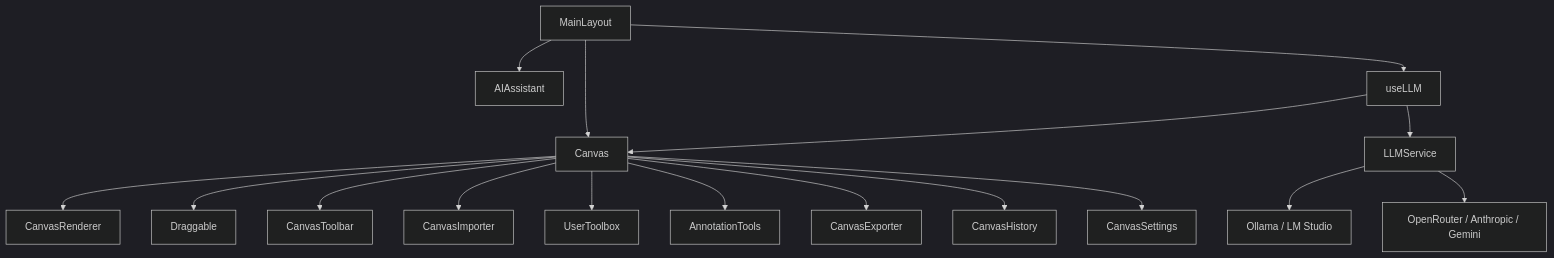
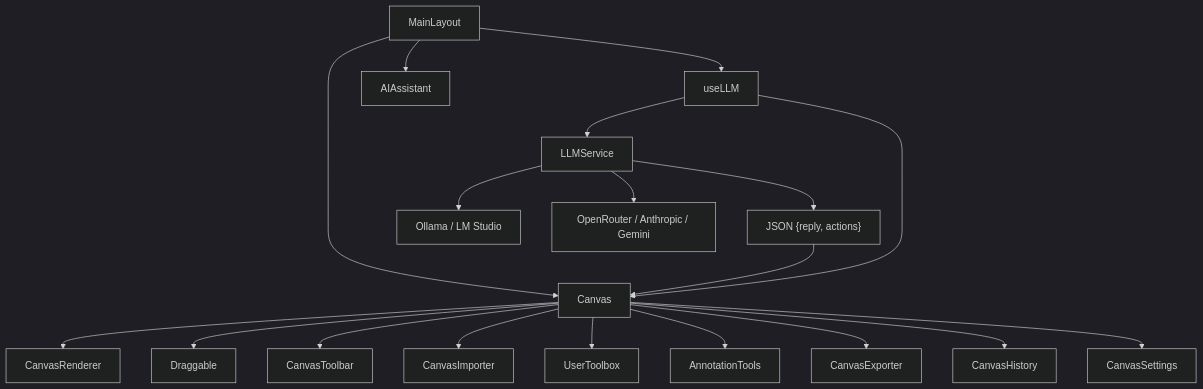
One commit to rebots-online/tllmdraw changed the diagram in docs/architecture/updated.md. Above: the diagram before and after it, drawn with Mermaid (dark theme). The commit also changed other lines of this file and 2 other files, not shown here.

Commit message:
feat: refine llm prompt for drag-and-drop elements

````diff
--- a/docs/architecture/updated.md
+++ b/docs/architecture/updated.md
@@ -5,19 +5,21 @@
 ```mermaid
 graph TD
   MainLayout --> Canvas
   MainLayout --> AIAssistant
   MainLayout --> useLLM
   useLLM --> LLMService
   useLLM --> Canvas
   LLMService --> LocalLLM["Ollama / LM Studio"]
   LLMService --> HostedLLM["OpenRouter / Anthropic / Gemini"]
+  LLMService --> Response["JSON {reply, actions}"]
+  Response --> Canvas
   Canvas --> CanvasRenderer
   Canvas --> Draggable
   Canvas --> CanvasToolbar
   Canvas --> CanvasImporter
   Canvas --> UserToolbox
   Canvas --> AnnotationTools
   Canvas --> CanvasExporter
   Canvas --> CanvasHistory
   Canvas --> CanvasSettings
 ```
````
